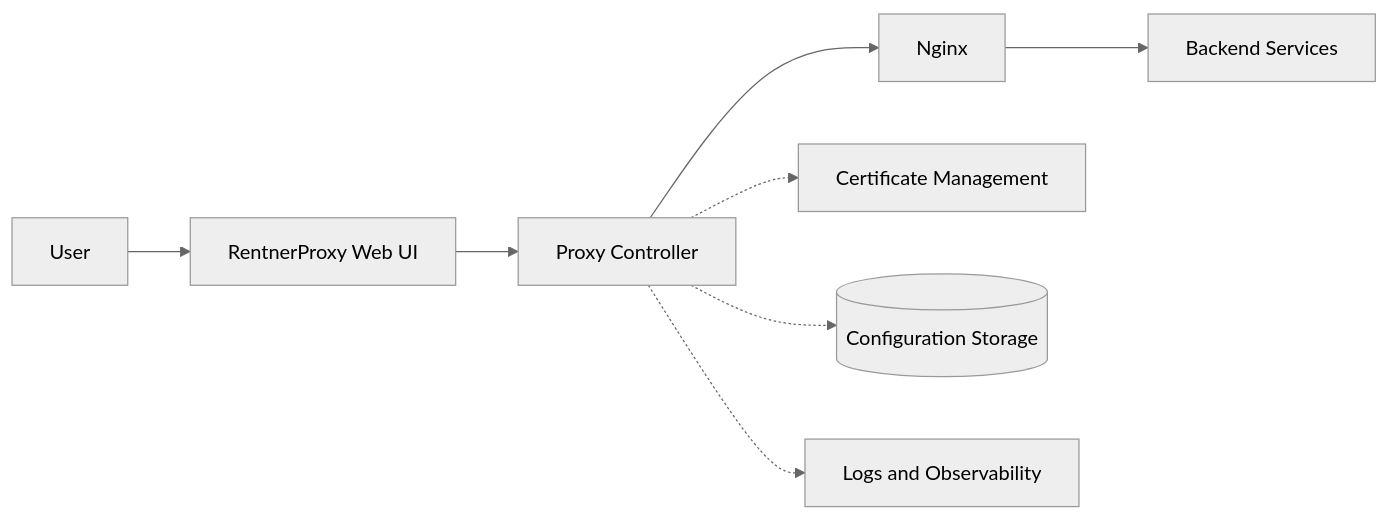
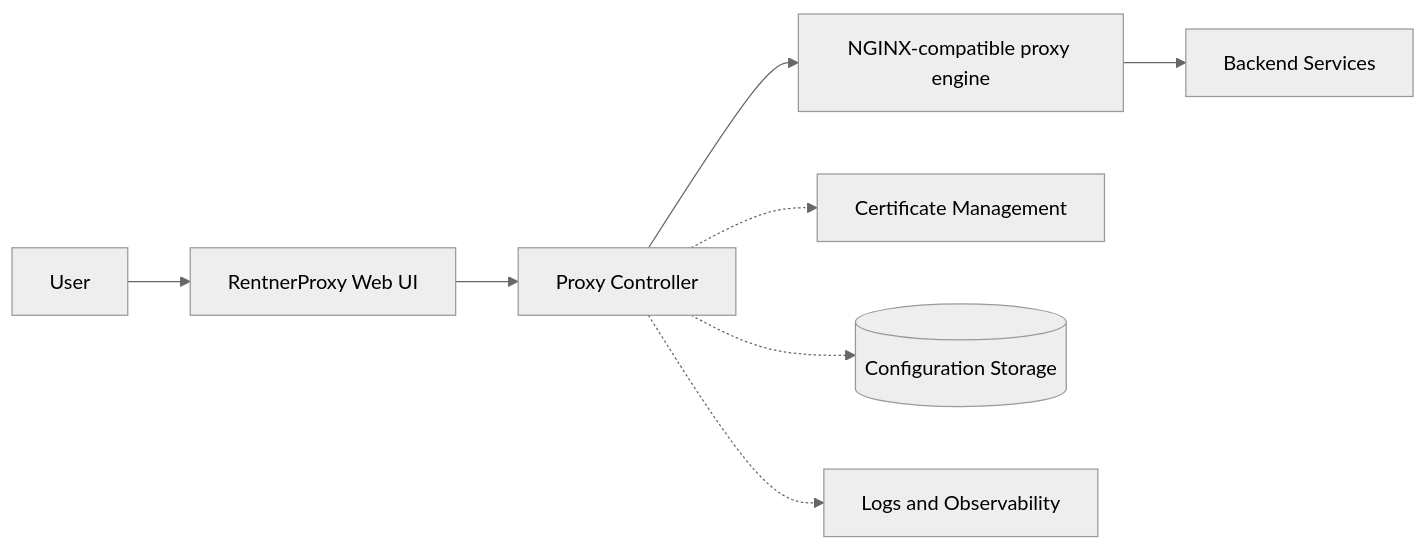
Before and after one commit to RentnerKev/RentnerProxy: the diagram in README.md, drawn with Mermaid (neutral theme). The commit also changed other lines of this file and 1 other file, not shown here.

````diff
--- a/README.md
+++ b/README.md
@@ -80,10 +80,10 @@
 ```mermaid
 flowchart LR
     User[User] --> Web[RentnerProxy Web UI]
     Web --> Controller[Proxy Controller]
-    Controller --> Nginx[Nginx]
-    Nginx --> Services[Backend Services]
+    Controller --> Engine[NGINX-compatible proxy engine]
+    Engine --> Services[Backend Services]
     Controller -.-> Certificates[Certificate Management]
     Controller -.-> Storage[(Configuration Storage)]
     Controller -.-> Observability[Logs and Observability]
 ```
````
